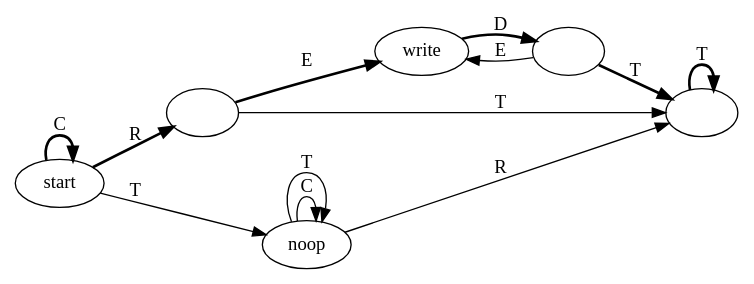
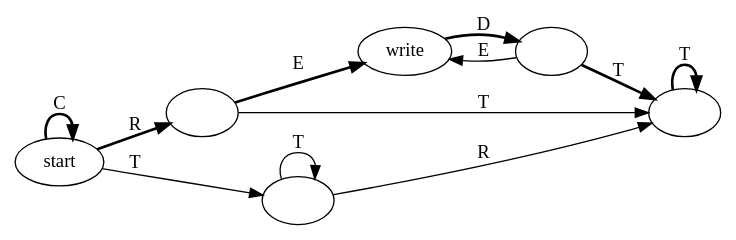
The diagram in osdi/opgroup_transitions.dot (ucla-readable/fstitch-doc), drawn with Graphviz before and after one commit. The commit also changed 1 other file, not shown here.

```diff
--- a/osdi/opgroup_transitions.dot
+++ b/osdi/opgroup_transitions.dot
@@ -1,22 +1,21 @@
 digraph opgrouptransitions
 {
 	rankdir=LR
 	"start" [label="start"]
 	"a" [label=""]
 	"b" [label="write"]
 	"c" [label=""]
-	"d" [label="noop"]
+	"d" [label=""]
 	"e" [label=""]
 	"start" -> "start" [label="C",style=bold]
 	"start" -> "a" [label="R",style=bold]
 	"start" -> "d" [label="T"]
 	"a" -> "b" [label="E",style=bold]
 	"a" -> "e" [label="T"]
 	"b" -> "c" [label="D",style=bold]
 	"c" -> "b" [label="E"]
 	"c" -> "e" [label="T",style=bold]
-	"d" -> "d" [label="C"]
 	"d" -> "d" [label="T"]
 	"d" -> "e" [label="R"]
 	"e" -> "e" [label="T",style=bold]
 }
```
